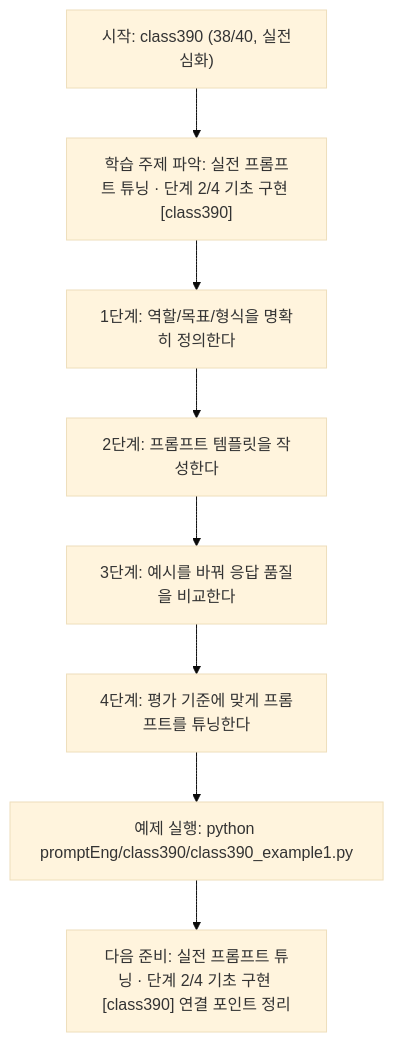
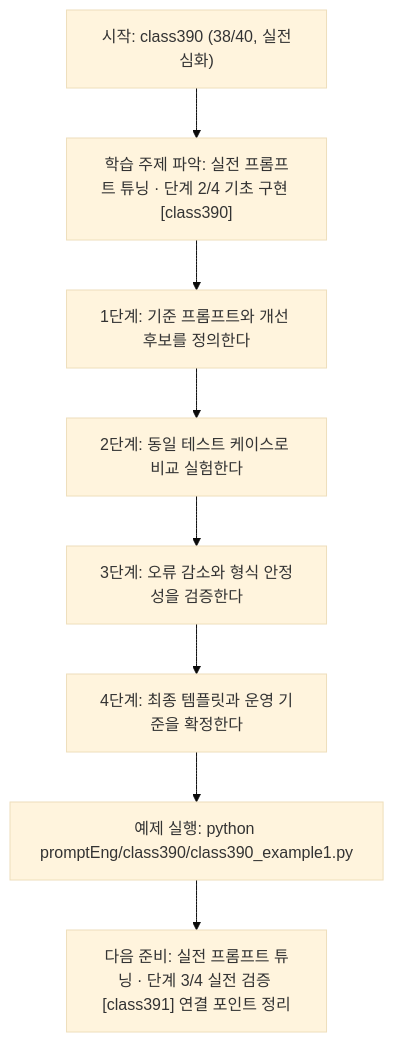
One commit to edumgt/Python-AI_Agent-Class changed the diagram in promptEng/class390/class390.md. Above: the diagram before and after it, drawn with Mermaid (base theme). The commit also changed other lines of this file and 283 other files, not shown here.

````diff
--- a/promptEng/class390/class390.md
+++ b/promptEng/class390/class390.md
@@ -110,18 +91,18 @@
 ```mermaid
 flowchart TD
 N1["시작: class390 (38/40, 실전심화)"]
 N2["학습 주제 파악: 실전 프롬프트 튜닝 · 단계 2/4 기초 구현 [class390]"]
-N3["1단계: 역할/목표/형식을 명확히 정의한다"]
-N4["2단계: 프롬프트 템플릿을 작성한다"]
-N5["3단계: 예시를 바꿔 응답 품질을 비교한다"]
-N6["4단계: 평가 기준에 맞게 프롬프트를 튜닝한다"]
+N3["1단계: 기준 프롬프트와 개선 후보를 정의한다"]
+N4["2단계: 동일 테스트 케이스로 비교 실험한다"]
+N5["3단계: 오류 감소와 형식 안정성을 검증한다"]
+N6["4단계: 최종 템플릿과 운영 기준을 확정한다"]
 N7["예제 실행: python promptEng/class390/class390_example1.py"]
-N8["다음 준비: 실전 프롬프트 튜닝 · 단계 2/4 기초 구현 [class390] 연결 포인트 정리"]
+N8["다음 준비: 실전 프롬프트 튜닝 · 단계 3/4 실전 검증 [class391] 연결 포인트 정리"]
 N1 --> N2
 N2 --> N3
 N3 --> N4
 N4 --> N5
 N5 --> N6
 N6 --> N7
 N7 --> N8
 ```
````
